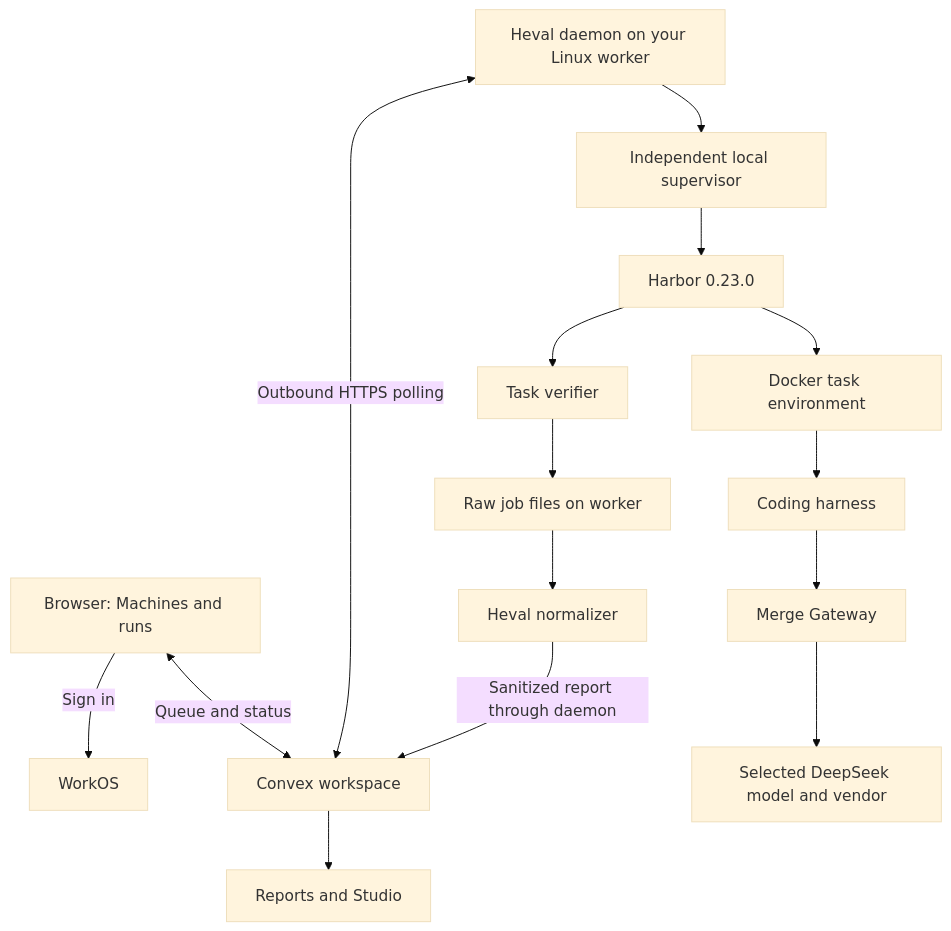
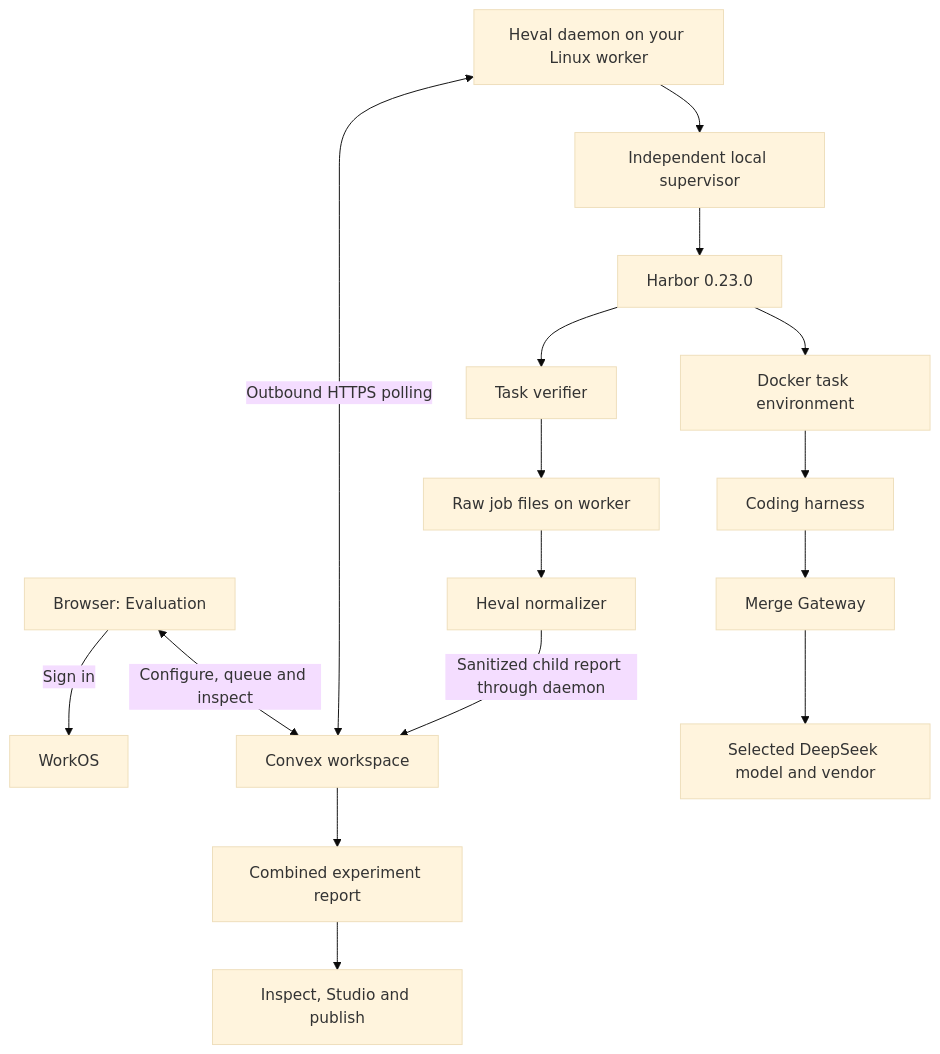
Before and after one commit to MatthewFeroz/heval: the diagram in docs/current-evaluation-flow.md, drawn with Mermaid (base theme). The commit also changed other lines of this file and 36 other files, not shown here.

Commit message:
feat: unify connected evaluation flow

````diff
--- a/docs/current-evaluation-flow.md
+++ b/docs/current-evaluation-flow.md
@@ -31,17 +31,18 @@
 ```mermaid
 flowchart TD
-    U[Browser: Machines and runs] -->|Sign in| A[WorkOS]
-    U <-->|Queue and status| C[Convex workspace]
+    U[Browser: Evaluation] -->|Sign in| A[WorkOS]
+    U <-->|Configure, queue and inspect| C[Convex workspace]
     D[Heval daemon on your Linux worker] <-->|Outbound HTTPS polling| C
     D --> S[Independent local supervisor]
     S --> H[Harbor 0.23.0]
     H --> T[Docker task environment]
     T --> G[Coding harness]
     G --> M[Merge Gateway]
     M --> L[Selected DeepSeek model and vendor]
     H --> V[Task verifier]
     V --> R[Raw job files on worker]
     R --> N[Heval normalizer]
-    N -->|Sanitized report through daemon| C
-    C --> W[Reports and Studio]
+    N -->|Sanitized child report through daemon| C
+    C --> E[Combined experiment report]
+    E --> W[Inspect, Studio and publish]
 ```
````
